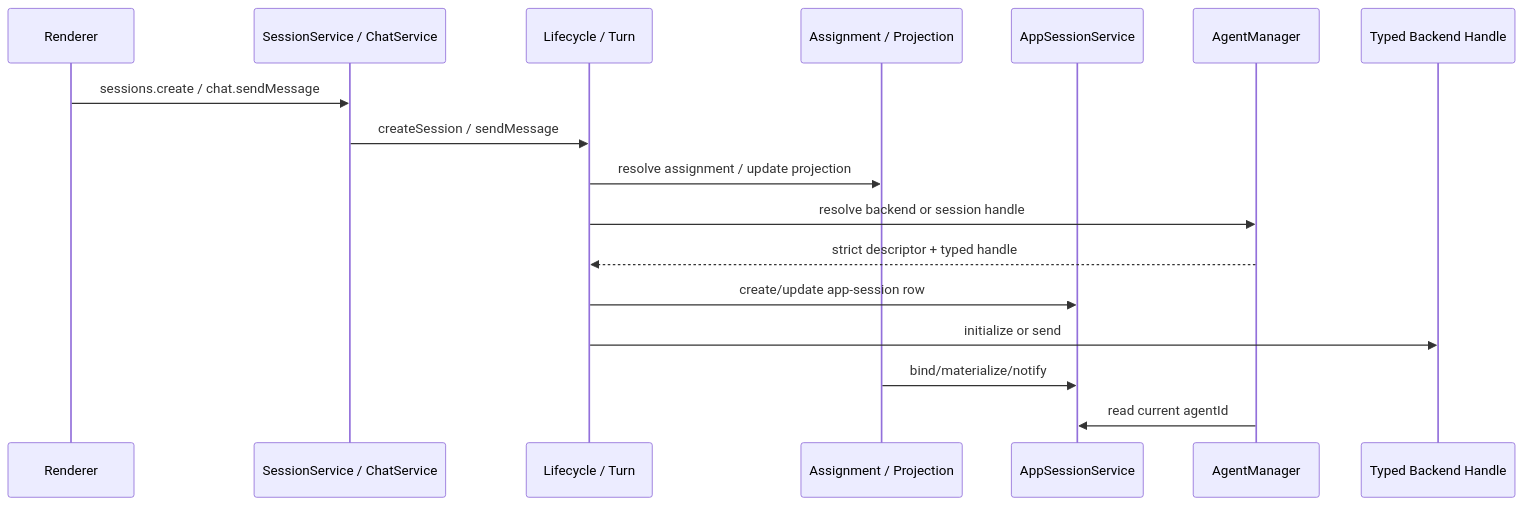
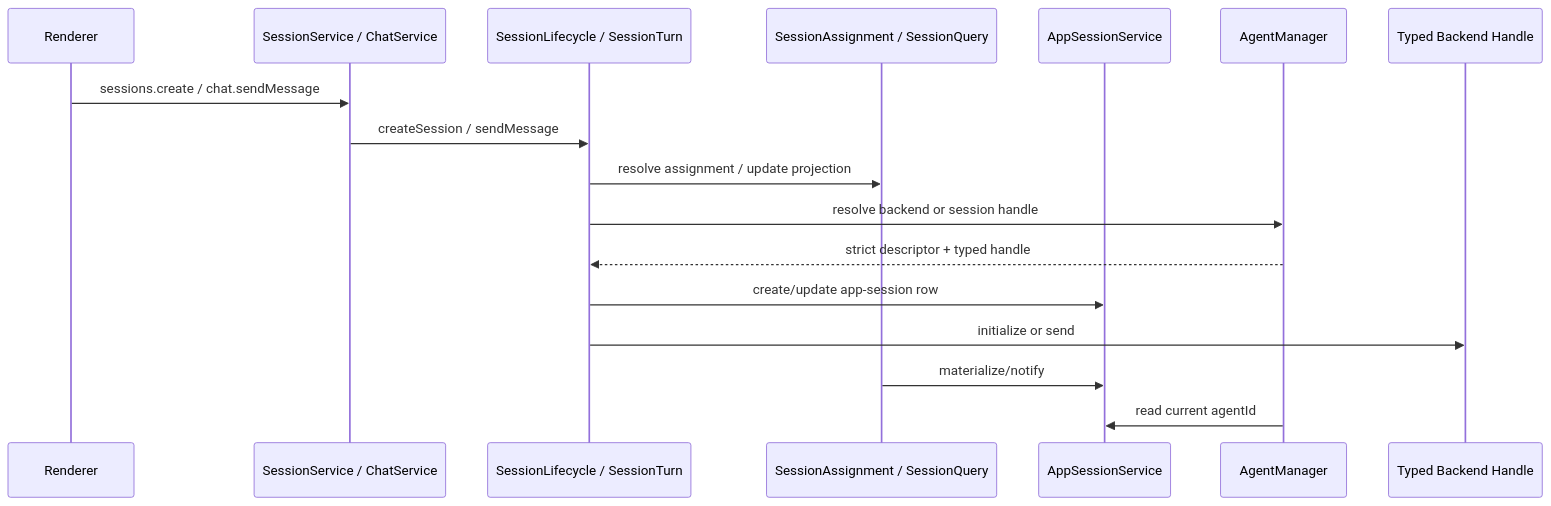
Before and after one commit to ThinkInAIXYZ/deepchat: the diagram in docs/architecture/session-management.md, drawn with Mermaid. The commit also changed other lines of this file and 42 other files, not shown here.

````diff
--- a/docs/architecture/session-management.md
+++ b/docs/architecture/session-management.md
@@ -38,20 +39,20 @@
 ```mermaid
 sequenceDiagram
     participant R as Renderer
     participant SS as SessionService / ChatService
-    participant L as Lifecycle / Turn
-    participant A as Assignment / Projection
+    participant L as SessionLifecycle / SessionTurn
+    participant A as SessionAssignment / SessionQuery
     participant S as AppSessionService
     participant M as AgentManager
     participant B as Typed Backend Handle
 
     R->>SS: sessions.create / chat.sendMessage
     SS->>L: createSession / sendMessage
     L->>A: resolve assignment / update projection
     L->>M: resolve backend or session handle
     M-->>L: strict descriptor + typed handle
     L->>S: create/update app-session row
     L->>B: initialize or send
-    A->>S: bind/materialize/notify
+    A->>S: materialize/notify
     M->>S: read current agentId
 ```
````
